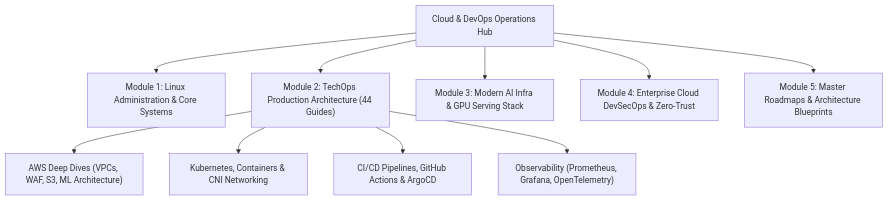
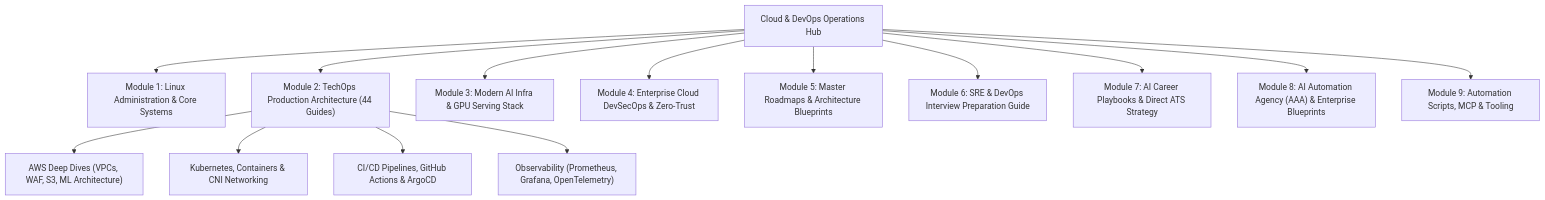
The diagram in README.md (Nova-Jaat/ChatGPT----CloudOPS-Related), drawn with Mermaid before and after one commit. The commit also changed other lines of this file and 24 other files, not shown here.

Commit message:
Add Modules 6-9: Interview preparation, career playbooks & ATS, AI automation agency framework, and tooling

````diff
--- a/README.md
+++ b/README.md
@@ -9,14 +9,18 @@
 ```mermaid
 flowchart TD
     Hub["Cloud & DevOps Operations Hub"]
     Hub --> M1["Module 1: Linux Administration & Core Systems"]
     Hub --> M2["Module 2: TechOps Production Architecture (44 Guides)"]
     Hub --> M3["Module 3: Modern AI Infra & GPU Serving Stack"]
     Hub --> M4["Module 4: Enterprise Cloud DevSecOps & Zero-Trust"]
     Hub --> M5["Module 5: Master Roadmaps & Architecture Blueprints"]
+    Hub --> M6["Module 6: SRE & DevOps Interview Preparation Guide"]
+    Hub --> M7["Module 7: AI Career Playbooks & Direct ATS Strategy"]
+    Hub --> M8["Module 8: AI Automation Agency (AAA) & Enterprise Blueprints"]
+    Hub --> M9["Module 9: Automation Scripts, MCP & Tooling"]
 
     M2 --> AWS["AWS Deep Dives (VPCs, WAF, S3, ML Architecture)"]
     M2 --> K8s["Kubernetes, Containers & CNI Networking"]
     M2 --> CI["CI/CD Pipelines, GitHub Actions & ArgoCD"]
     M2 --> O11y["Observability (Prometheus, Grafana, OpenTelemetry)"]
 ```
````
